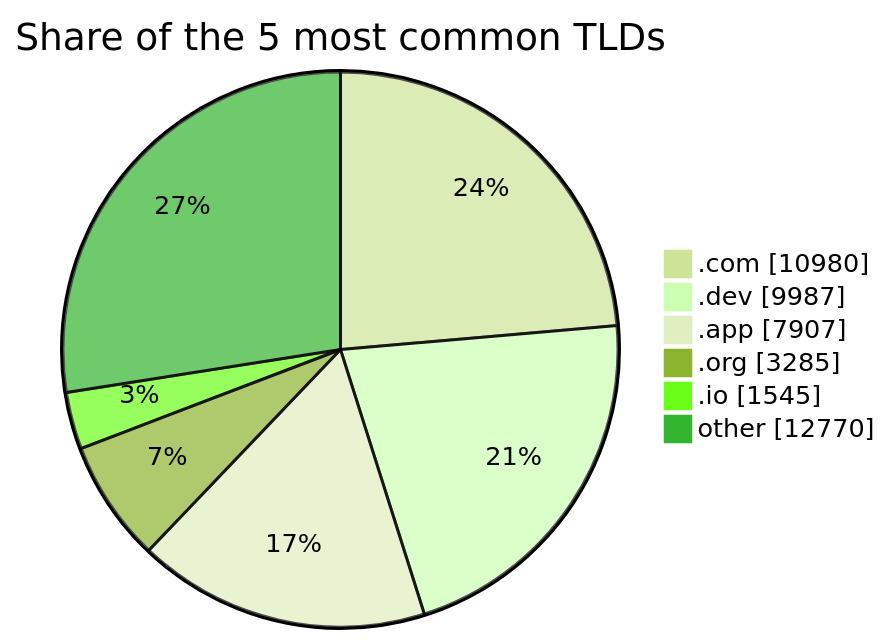
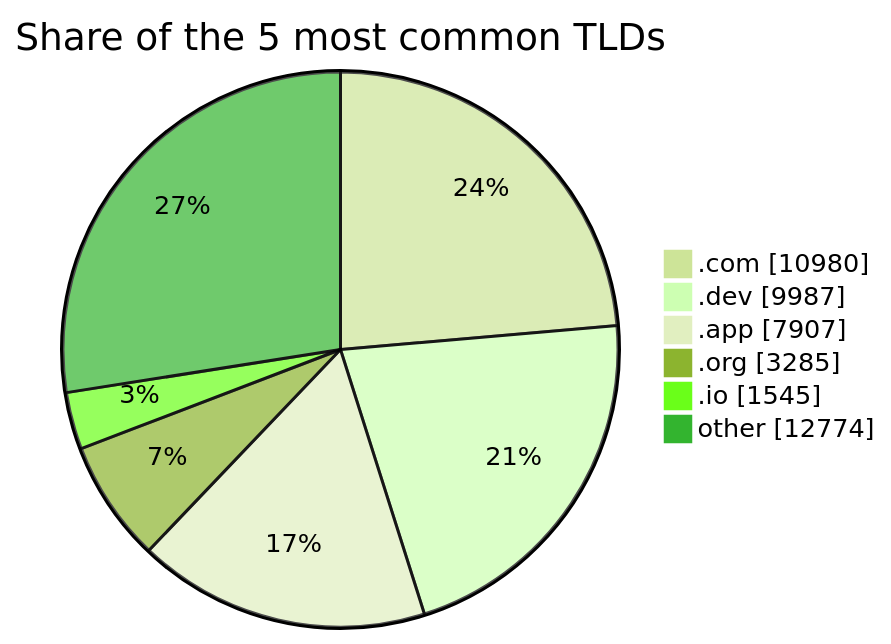
The third of 3 diagrams in README.md (DNSBunker/CTI), drawn with Mermaid (forest theme) before and after one commit. The commit also changed other lines of this file and 3 other files, not shown here.

````diff
--- a/README.md
+++ b/README.md
@@ -81,9 +81,9 @@
 ```mermaid
 pie showData title Share of the 5 most common TLDs
     ".com" : 10980
     ".dev" : 9987
     ".app" : 7907
     ".org" : 3285
     ".io" : 1545
-    "other" : 12770
+    "other" : 12774
 ```
````
